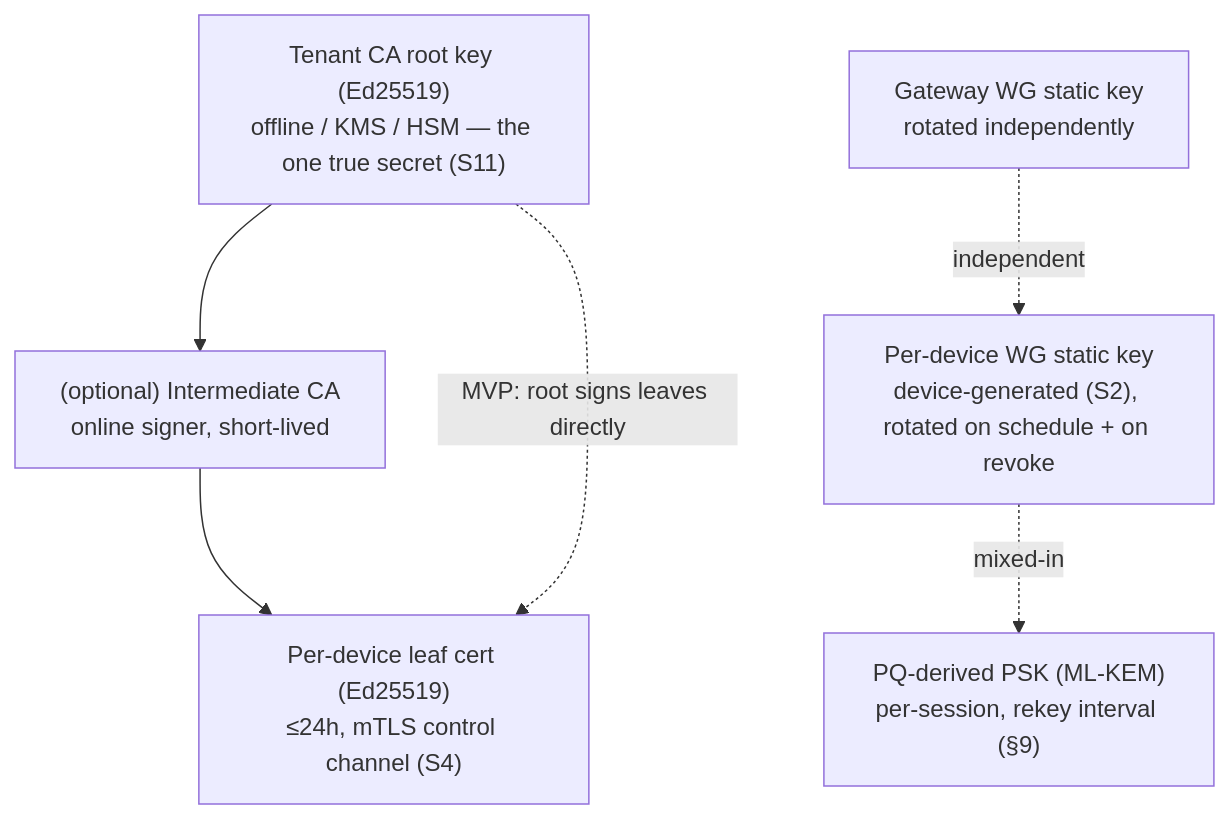
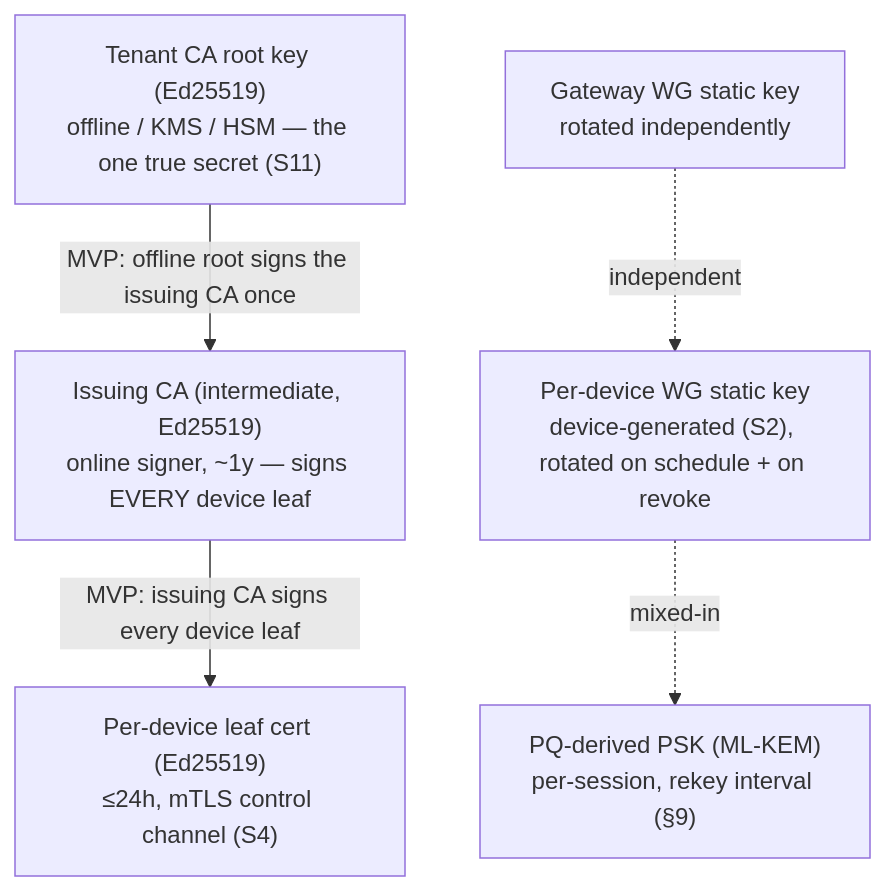
The third of 7 diagrams in docs/research/mvp/final/04-security-privacy-pki.md (HelixDevelopment/helix_vpn), drawn with Mermaid before and after one commit. The commit also changed other lines of this file and 213 other files, not shown here.

````diff
--- a/docs/research/mvp/final/04-security-privacy-pki.md
+++ b/docs/research/mvp/final/04-security-privacy-pki.md
@@ -348,13 +348,12 @@
 ```mermaid
 flowchart TD
   Root["Tenant CA root key (Ed25519)<br/>offline / KMS / HSM — the one true secret (S11)"]
-  Int["(optional) Intermediate CA<br/>online signer, short-lived"]
+  Int["Issuing CA (intermediate, Ed25519)<br/>online signer, ~1y — signs EVERY device leaf"]
   Leaf["Per-device leaf cert (Ed25519)<br/>≤24h, mTLS control channel (S4)"]
   WGgw["Gateway WG static key<br/>rotated independently"]
   WGdev["Per-device WG static key<br/>device-generated (S2), rotated on schedule + on revoke"]
   PSK["PQ-derived PSK (ML-KEM)<br/>per-session, rekey interval (§9)"]
-  Root --> Int --> Leaf
-  Root -.->|MVP: root signs leaves directly| Leaf
+  Root -->|MVP: offline root signs the issuing CA once| Int -->|MVP: issuing CA signs every device leaf| Leaf
   WGgw -. independent .-> WGdev
   WGdev -. mixed-in .-> PSK
 ```
````
